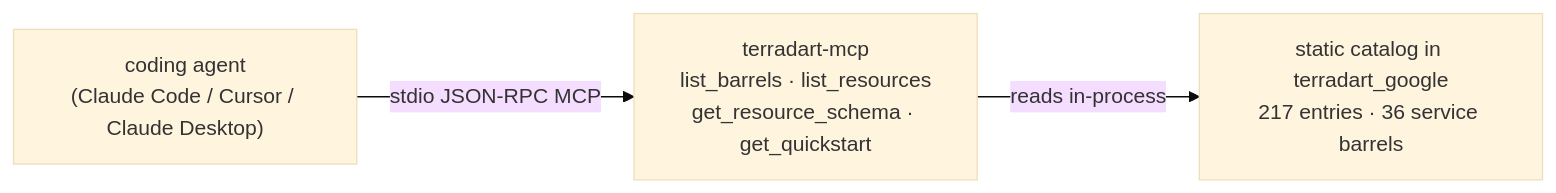
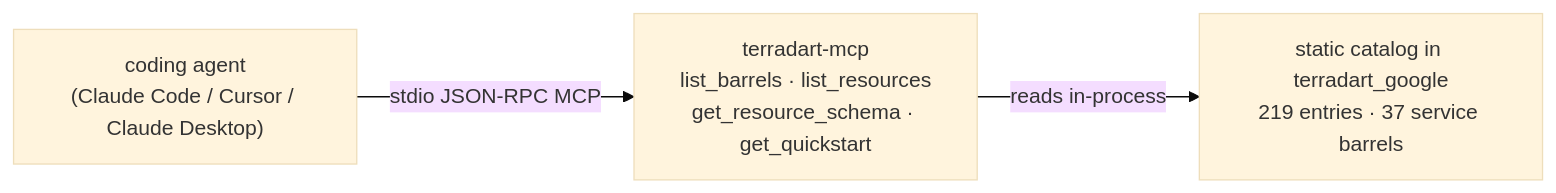
The diagram in website/src/content/docs/docs/agent/index.md (nozomi-koborinai/terradart), drawn with Mermaid (base theme) before and after one commit. The commit also changed other lines of this file and 26 other files, not shown here.

````diff
--- a/website/src/content/docs/docs/agent/index.md
+++ b/website/src/content/docs/docs/agent/index.md
@@ -12,8 +12,8 @@
 ```mermaid
 graph LR
   agent["coding agent<br/>(Claude Code / Cursor / Claude Desktop)"]
   mcp["terradart-mcp<br/>list_barrels · list_resources<br/>get_resource_schema · get_quickstart"]
-  catalog["static catalog in terradart_google<br/>217 entries · 36 service barrels"]
+  catalog["static catalog in terradart_google<br/>219 entries · 37 service barrels"]
   agent -->|stdio JSON-RPC MCP| mcp
   mcp -->|reads in-process| catalog
 ```
````
